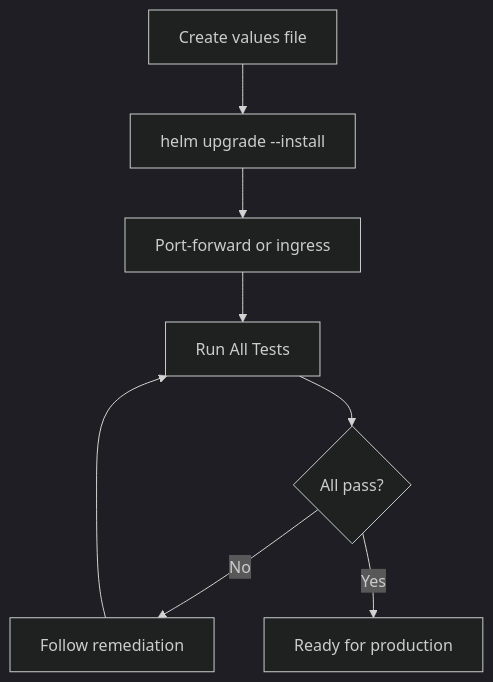
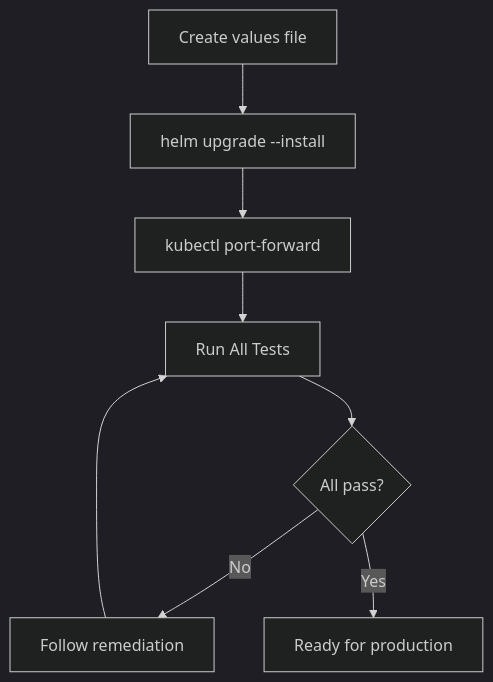
Before and after one commit to davidpacold/airia-test-pod: the diagram in docs/deployment/deployment-guide.md, drawn with Mermaid (dark theme). The commit also changed other lines of this file and 1 other file, not shown here.

Commit message:
docs: remove ingress config, assume port-forward access

````diff
--- a/docs/deployment/deployment-guide.md
+++ b/docs/deployment/deployment-guide.md
@@ -64,9 +64,9 @@
 ```mermaid
 flowchart TD
     Config["Create values file"] --> Deploy["helm upgrade --install"]
-    Deploy --> Access["Port-forward or ingress"]
+    Deploy --> Access["kubectl port-forward"]
     Access --> Test["Run All Tests"]
     Test --> Results{"All pass?"}
     Results -->|No| Fix["Follow remediation"] --> Test
     Results -->|Yes| Done["Ready for production"]
 ```
````
